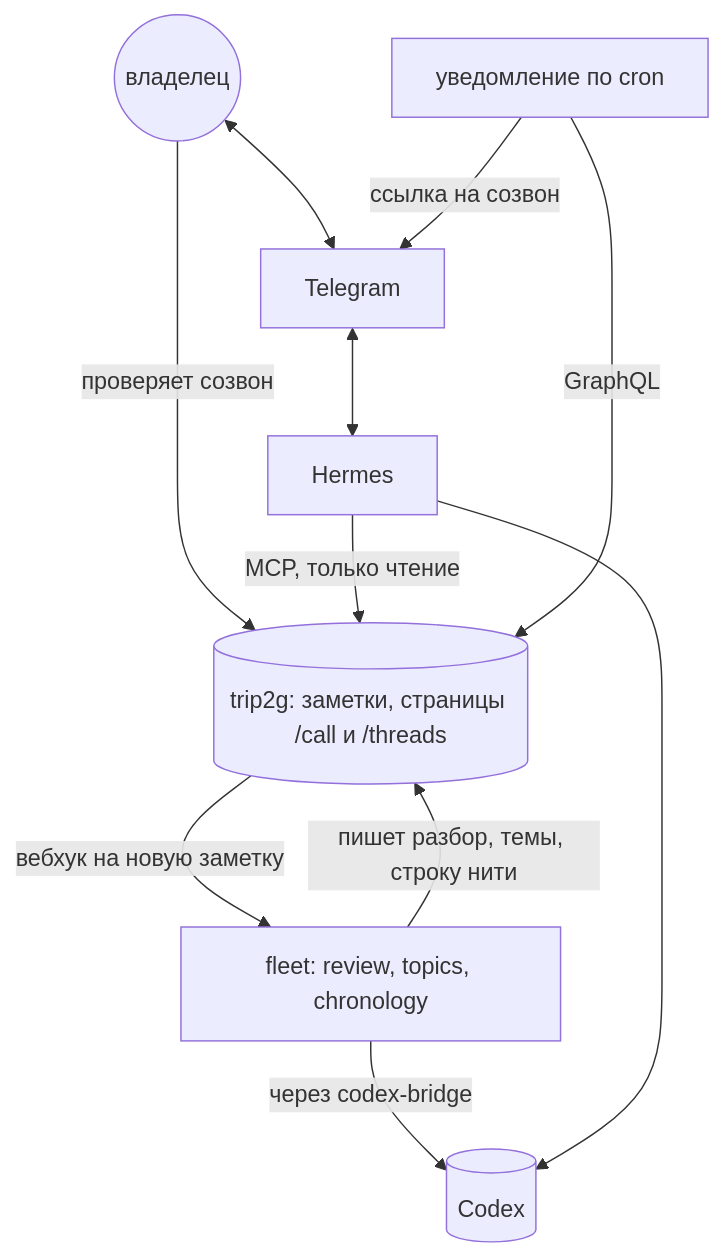
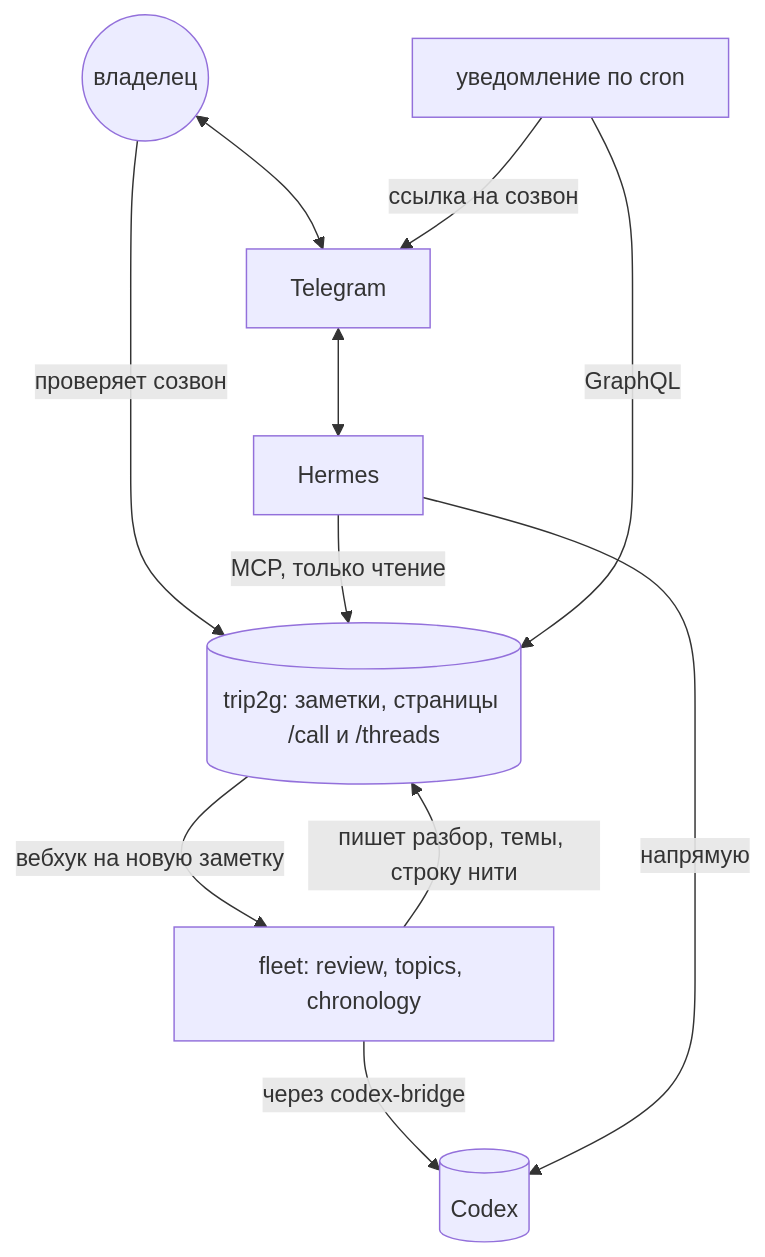
The diagram in docs/ru/user/calls-dashboard.md (trip2g/trip2g), drawn with Mermaid before and after one commit. The commit also changed 1 other file, not shown here.

Commit message:
docs(calls): label Hermes's direct path to Codex

````diff
--- a/docs/ru/user/calls-dashboard.md
+++ b/docs/ru/user/calls-dashboard.md
@@ -26,20 +26,20 @@
 ```mermaid
 flowchart TD
   You((владелец))
   TG[Telegram]
   HM[Hermes]
   N[уведомление по cron]
   V[(trip2g: заметки, страницы /call и /threads)]
   F[fleet: review, topics, chronology]
   X[(Codex)]
   You <--> TG
   You -- проверяет созвон --> V
   TG <--> HM
   HM -- MCP, только чтение --> V
   N -- GraphQL --> V
   N -- ссылка на созвон --> TG
   V -- вебхук на новую заметку --> F
   F -- пишет разбор, темы, строку нити --> V
   F -- через codex-bridge --> X
-  HM --> X
+  HM -- напрямую --> X
 ```
````
